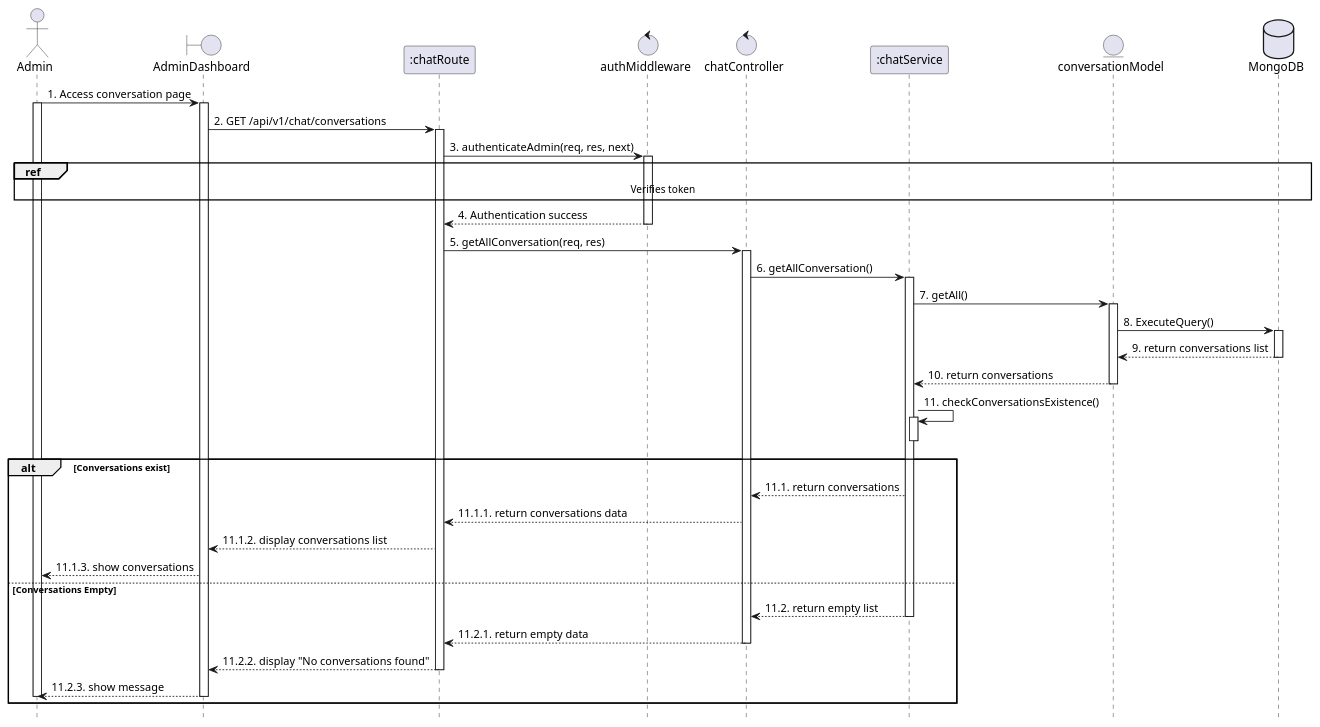
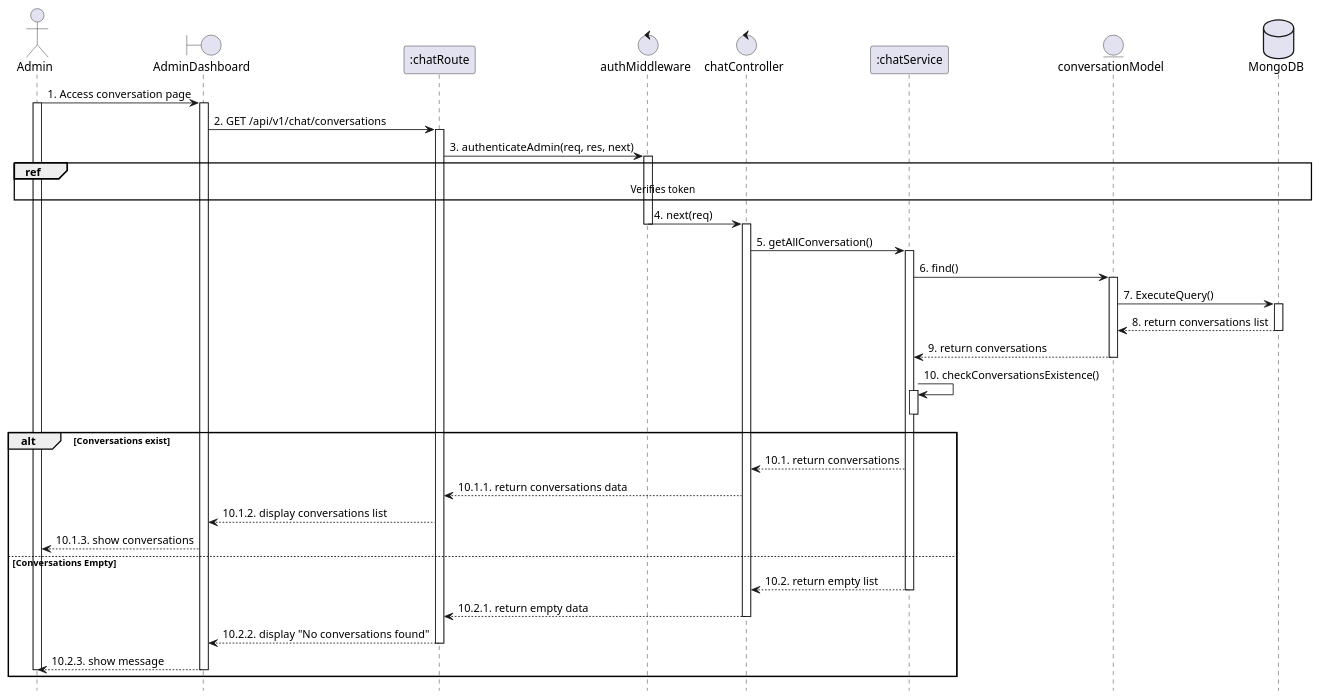
Before and after one commit to VietDurian/VietDurian: the diagram in planuml/web/21.5_viewConversation.puml, drawn with PlantUML. The commit also changed 18 other files, not shown here.

```diff
--- a/planuml/web/21.5_viewConversation.puml
+++ b/planuml/web/21.5_viewConversation.puml
@@ -1,74 +1,72 @@
 @startuml ViewConversation
 
 actor Admin
 boundary "AdminDashboard" as View 
 participant ":chatRoute" as Route 
 control "authMiddleware" as Auth 
 control "chatController" as Controller 
 participant ":chatService" as Service 
 entity "conversationModel" as Model 
 database "MongoDB" as MongoDB 
 hide footbox
 
     Admin -> View: 1. Access conversation page
     activate Admin
     activate View
 
     View -> Route: 2. GET /api/v1/chat/conversations
     activate Route
 
     Route -> Auth: 3. authenticateAdmin(req, res, next)
     activate Auth
     
     ref over Admin, MongoDB : Verifies token
 
-    Auth --> Route: 4. Authentication success
+    Auth -> Controller: 4. next(req)
     deactivate Auth
-
-    Route -> Controller: 5. getAllConversation(req, res)
     activate Controller
 
-    Controller -> Service: 6. getAllConversation()
+    Controller -> Service: 5. getAllConversation()
     activate Service
 
-    Service -> Model: 7. getAll()
+    Service -> Model: 6. find()
     activate Model
 
-    Model -> MongoDB: 8. ExecuteQuery()
+    Model -> MongoDB: 7. ExecuteQuery()
     activate MongoDB
-    MongoDB --> Model: 9. return conversations list
+    MongoDB --> Model: 8. return conversations list
     deactivate MongoDB
 
-    Model --> Service: 10. return conversations
+    Model --> Service: 9. return conversations
     deactivate Model
 
-    Service -> Service: 11. checkConversationsExistence()
+    Service -> Service: 10. checkConversationsExistence()
     activate Service
     deactivate Service
 
    alt Conversations exist
 
-        Service --> Controller: 11.1. return conversations
+        Service --> Controller: 10.1. return conversations
 
-        Controller --> Route: 11.1.1. return conversations data
+        Controller --> Route: 10.1.1. return conversations data
 
-        Route --> View: 11.1.2. display conversations list
-        View --> Admin: 11.1.3. show conversations
+        Route --> View: 10.1.2. display conversations list
+        View --> Admin: 10.1.3. show conversations
     else Conversations Empty
 
-        Service --> Controller: 11.2. return empty list
+        Service --> Controller: 10.2. return empty list
         deactivate Service
 
-        Controller --> Route: 11.2.1. return empty data
+        Controller --> Route: 10.2.1. return empty data
         deactivate Controller
 
-        Route --> View: 11.2.2. display "No conversations found"
+        Route --> View: 10.2.2. display "No conversations found"
         deactivate Route
 
-        View --> Admin: 11.2.3. show message
+        View --> Admin: 10.2.3. show message
         deactivate View
         deactivate Admin
     end
 
 
 @enduml
```
